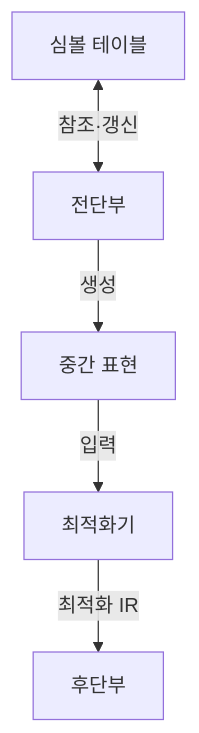
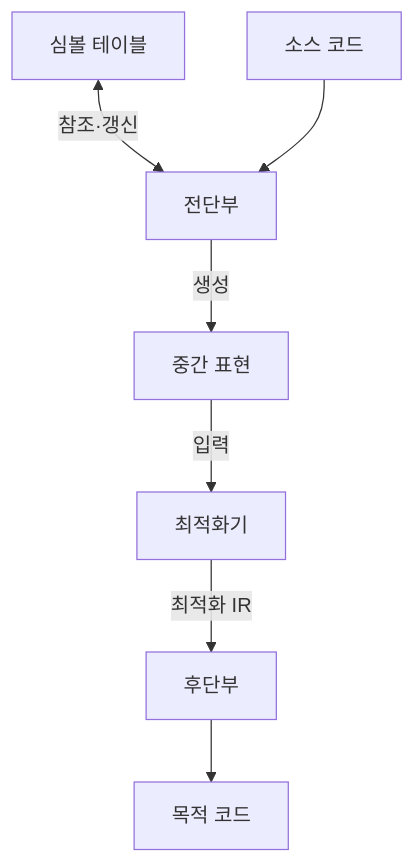
Before and after one commit to agnusdei1207/knowledge-base: the first of 2 diagrams in src/content/docs/notes/01-basic-theory/057_compiler_structure.md, drawn with Mermaid. The commit also changed other lines of this file and 19 other files, not shown here.

````diff
--- a/src/content/docs/notes/01-basic-theory/057_compiler_structure.md
+++ b/src/content/docs/notes/01-basic-theory/057_compiler_structure.md
@@ -66,7 +69,9 @@
 ```mermaid
 flowchart TB
     ST[심볼 테이블] <-->|참조·갱신| FE[전단부]
     FE -->|생성| IR[중간 표현]
     IR -->|입력| OPT[최적화기]
     OPT -->|최적화 IR| BE[후단부]
+    S[소스 코드] --> FE
+    BE --> O[목적 코드]
 ```
````
